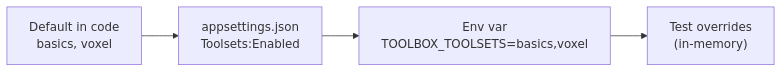
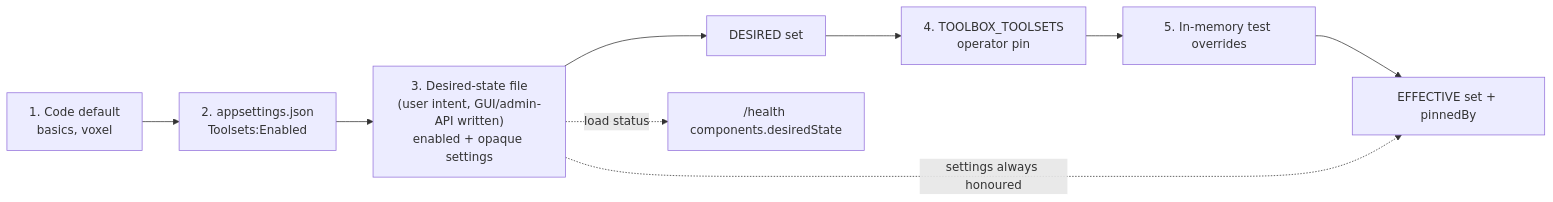
One commit to Timothy-Lee-Grant/Tool_Box changed the fourth of 7 diagrams in docs/ARCHITECTURE.md. Above: the diagram before and after it, drawn with Mermaid. The commit also changed other lines of this file and 2 other files, not shown here.

````diff
--- a/docs/ARCHITECTURE.md
+++ b/docs/ARCHITECTURE.md
@@ -88,4 +90,11 @@
 ```mermaid
 flowchart LR
-  D["Default in code<br/>basics, voxel"] --> A["appsettings.json<br/>Toolsets:Enabled"] --> EV["Env var<br/>TOOLBOX_TOOLSETS=basics,voxel"] --> T["Test overrides<br/>(in-memory)"]
+  D["1. Code default<br/>basics, voxel"] --> A["2. appsettings.json<br/>Toolsets:Enabled"]
+  A --> F["3. Desired-state file<br/>(user intent, GUI/admin-API written)<br/>enabled + opaque settings"]
+  F --> DES["DESIRED set"]
+  DES --> E["4. TOOLBOX_TOOLSETS<br/>operator pin"]
+  E --> T["5. In-memory test overrides"]
+  T --> EFF["EFFECTIVE set + pinnedBy"]
+  F -. "settings always honoured" .-> EFF
+  F -. "load status" .-> H["/health components.desiredState"]
 ```
````
